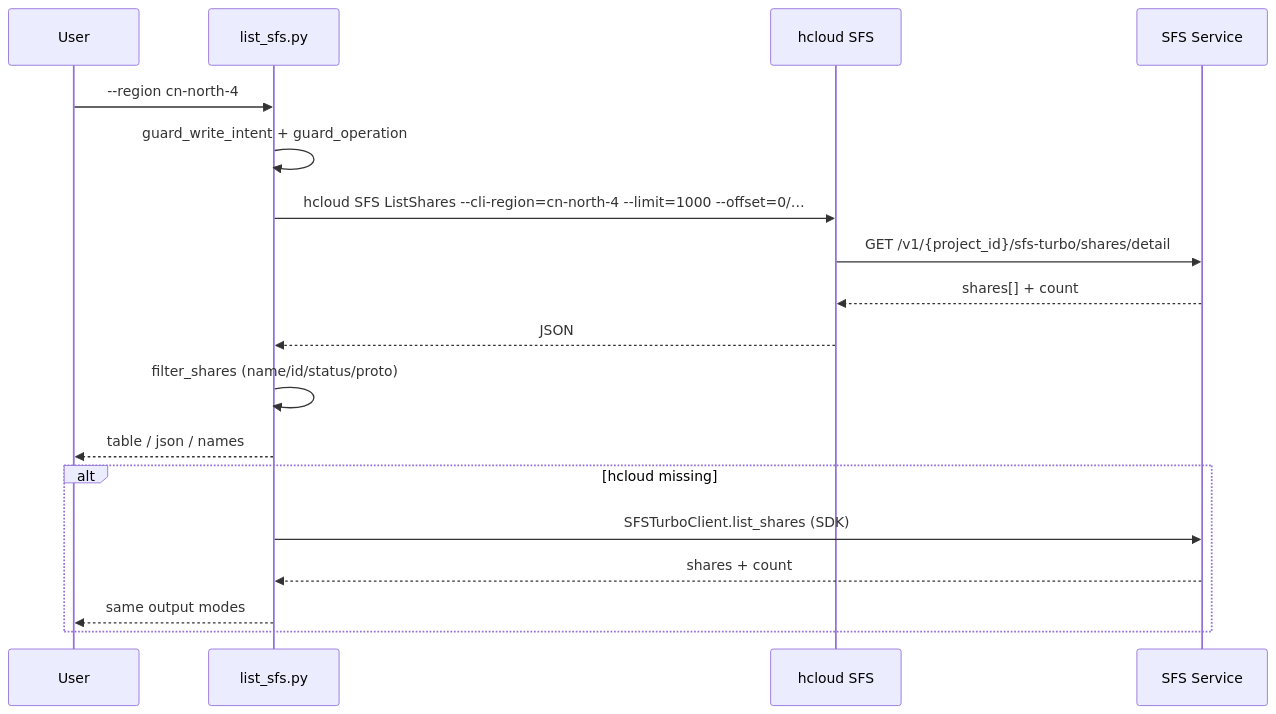
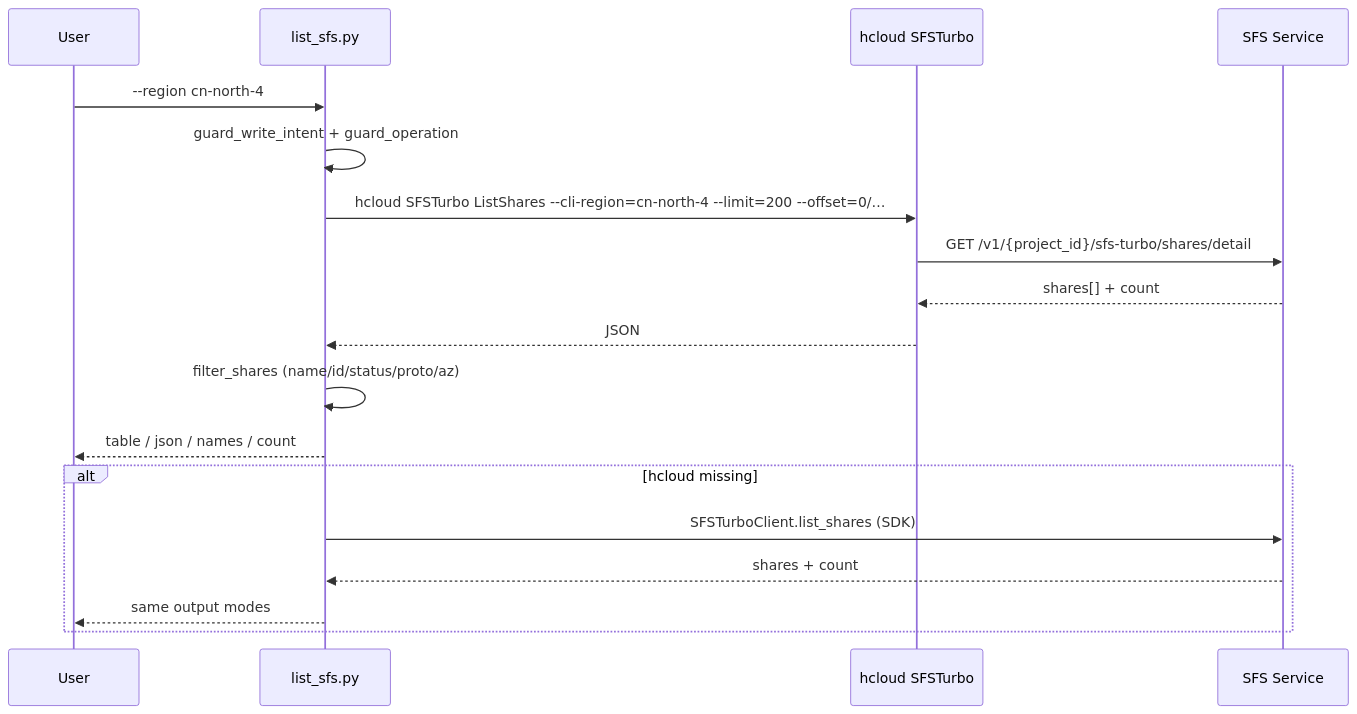
The second of 2 diagrams in skills/storage/sfs/huawei-cloud-sfs-list/references/dataflow-diagram.md (wlc-dev/huaweicloud-skills-dev), drawn with Mermaid before and after one commit. The commit also changed other lines of this file and 8 other files, not shown here.

Commit message:
update skill: storage/sfs/huawei-cloud-sfs-list

````diff
--- a/skills/storage/sfs/huawei-cloud-sfs-list/references/dataflow-diagram.md
+++ b/skills/storage/sfs/huawei-cloud-sfs-list/references/dataflow-diagram.md
@@ -28,21 +29,21 @@
 ```mermaid
 sequenceDiagram
     participant U as User
     participant P as list_sfs.py
-    participant C as hcloud SFS
+    participant C as hcloud SFSTurbo
     participant O as SFS Service
     U->>P: --region cn-north-4
     P->>P: guard_write_intent + guard_operation
-    P->>C: hcloud SFS ListShares --cli-region=cn-north-4 --limit=1000 --offset=0/…
+    P->>C: hcloud SFSTurbo ListShares --cli-region=cn-north-4 --limit=200 --offset=0/…
     C->>O: GET /v1/{project_id}/sfs-turbo/shares/detail
     O-->>C: shares[] + count
     C-->>P: JSON
-    P->>P: filter_shares (name/id/status/proto)
-    P-->>U: table / json / names
+    P->>P: filter_shares (name/id/status/proto/az)
+    P-->>U: table / json / names / count
 
     alt hcloud missing
         P->>O: SFSTurboClient.list_shares (SDK)
         O-->>P: shares + count
         P-->>U: same output modes
     end
 ```
````
